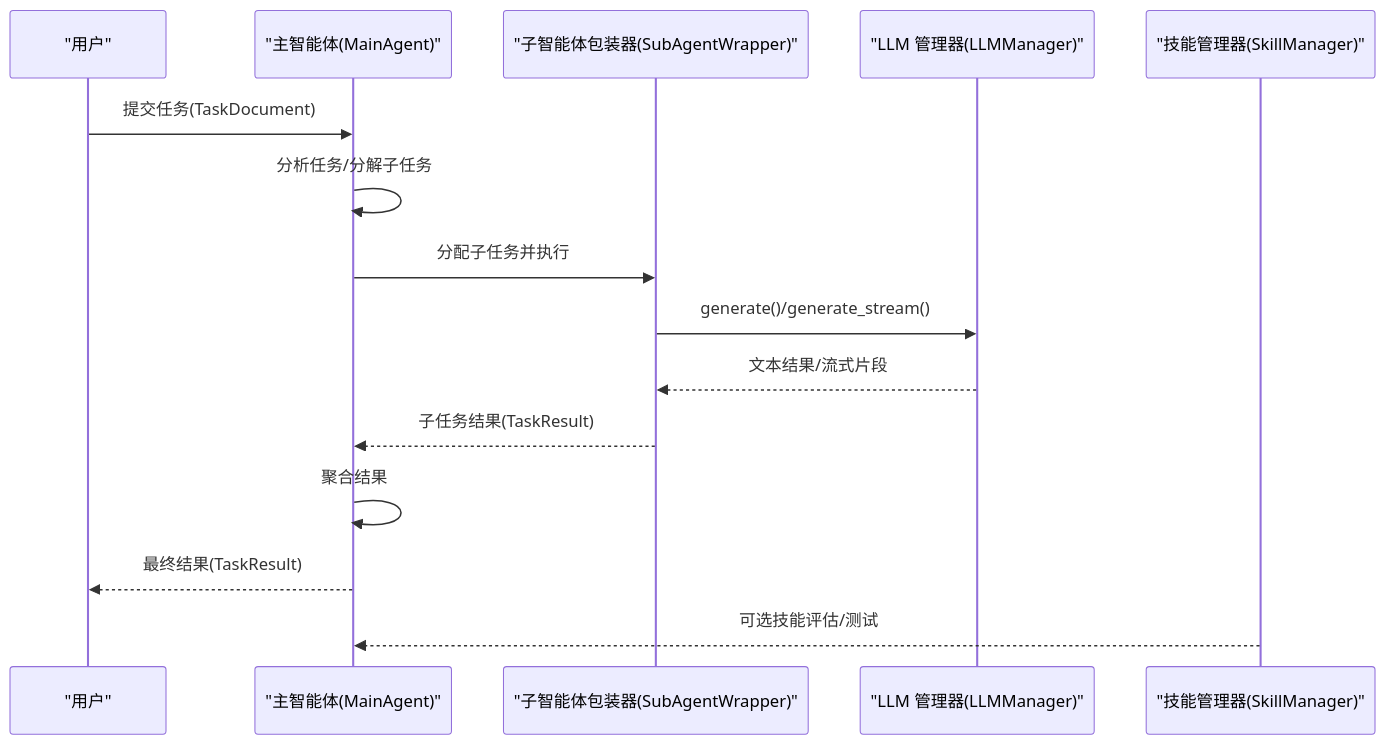
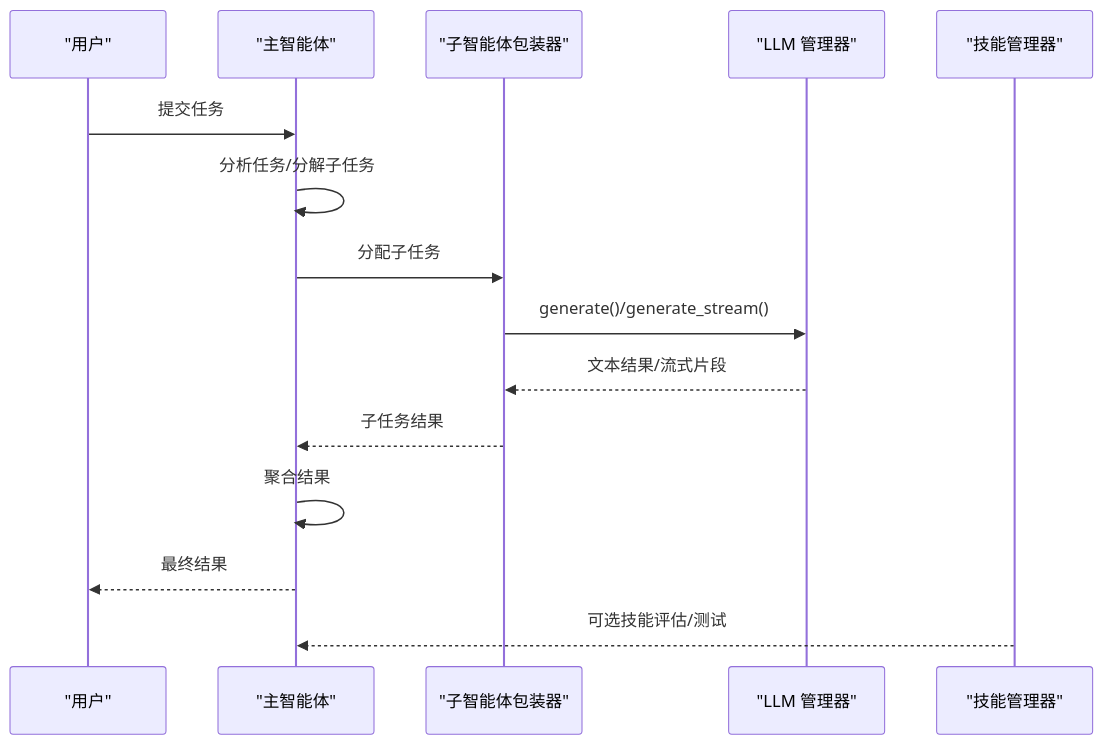
The third of 6 diagrams in .qoder/repowiki/zh/content/多智能体系统/多智能体系统.md (xinetzone/tao), drawn with Mermaid before and after one commit. The commit also changed other lines of this file and 5 other files, not shown here.

````diff
--- a/.qoder/repowiki/zh/content/多智能体系统/多智能体系统.md
+++ b/.qoder/repowiki/zh/content/多智能体系统/多智能体系统.md
@@ -116,17 +156,17 @@
 ```mermaid
 sequenceDiagram
 participant U as "用户"
-participant MA as "主智能体(MainAgent)"
-participant SA as "子智能体包装器(SubAgentWrapper)"
-participant LM as "LLM 管理器(LLMManager)"
-participant SK as "技能管理器(SkillManager)"
-U->>MA : 提交任务(TaskDocument)
+participant MA as "主智能体"
+participant SA as "子智能体包装器"
+participant LM as "LLM 管理器"
+participant SK as "技能管理器"
+U->>MA : 提交任务
 MA->>MA : 分析任务/分解子任务
-MA->>SA : 分配子任务并执行
+MA->>SA : 分配子任务
 SA->>LM : generate()/generate_stream()
 LM-->>SA : 文本结果/流式片段
-SA-->>MA : 子任务结果(TaskResult)
+SA-->>MA : 子任务结果
 MA->>MA : 聚合结果
-MA-->>U : 最终结果(TaskResult)
+MA-->>U : 最终结果
 SK-->>MA : 可选技能评估/测试
 ```
````
